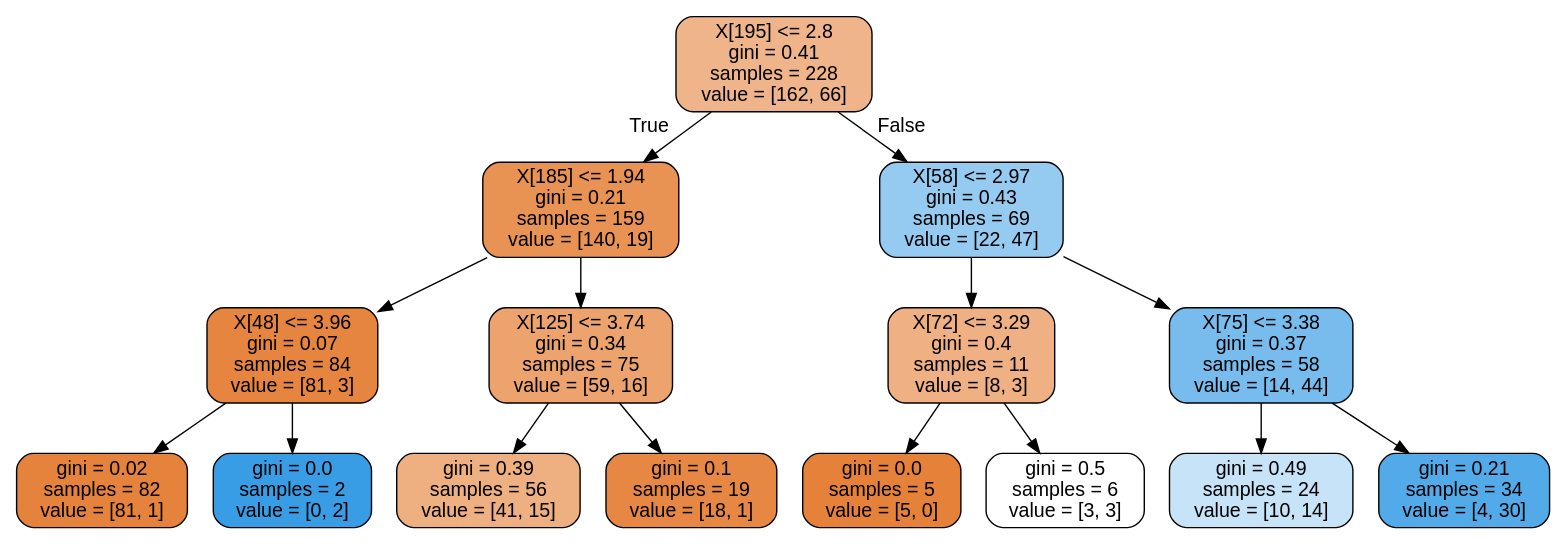
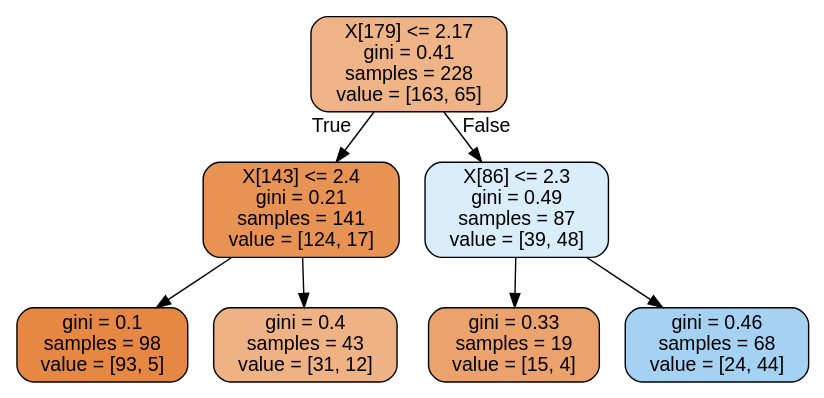
The diagram in model/thistree.dot (zeroknowledgediscovery/zcad), drawn with Graphviz before and after one commit. The commit also changed 4 other files, not shown here.

```diff
--- a/model/thistree.dot
+++ b/model/thistree.dot
@@ -1,33 +1,17 @@
 digraph Tree {
 node [shape=box, style="filled, rounded", color="black", fontname=helvetica] ;
 edge [fontname=helvetica] ;
-0 [label="X[195] <= 2.8\ngini = 0.41\nsamples = 228\nvalue = [162, 66]", fillcolor="#e5813997"] ;
-1 [label="X[185] <= 1.94\ngini = 0.21\nsamples = 159\nvalue = [140, 19]", fillcolor="#e58139dc"] ;
+0 [label="X[179] <= 2.17\ngini = 0.41\nsamples = 228\nvalue = [163, 65]", fillcolor="#e5813999"] ;
+1 [label="X[143] <= 2.4\ngini = 0.21\nsamples = 141\nvalue = [124, 17]", fillcolor="#e58139dc"] ;
 0 -> 1 [labeldistance=2.5, labelangle=45, headlabel="True"] ;
-2 [label="X[48] <= 3.96\ngini = 0.07\nsamples = 84\nvalue = [81, 3]", fillcolor="#e58139f6"] ;
+2 [label="gini = 0.1\nsamples = 98\nvalue = [93, 5]", fillcolor="#e58139f1"] ;
 1 -> 2 ;
-3 [label="gini = 0.02\nsamples = 82\nvalue = [81, 1]", fillcolor="#e58139fc"] ;
-2 -> 3 ;
-4 [label="gini = 0.0\nsamples = 2\nvalue = [0, 2]", fillcolor="#399de5ff"] ;
-2 -> 4 ;
-5 [label="X[125] <= 3.74\ngini = 0.34\nsamples = 75\nvalue = [59, 16]", fillcolor="#e58139ba"] ;
-1 -> 5 ;
-6 [label="gini = 0.39\nsamples = 56\nvalue = [41, 15]", fillcolor="#e58139a2"] ;
-5 -> 6 ;
-7 [label="gini = 0.1\nsamples = 19\nvalue = [18, 1]", fillcolor="#e58139f1"] ;
-5 -> 7 ;
-8 [label="X[58] <= 2.97\ngini = 0.43\nsamples = 69\nvalue = [22, 47]", fillcolor="#399de588"] ;
-0 -> 8 [labeldistance=2.5, labelangle=-45, headlabel="False"] ;
-9 [label="X[72] <= 3.29\ngini = 0.4\nsamples = 11\nvalue = [8, 3]", fillcolor="#e581399f"] ;
-8 -> 9 ;
-10 [label="gini = 0.0\nsamples = 5\nvalue = [5, 0]", fillcolor="#e58139ff"] ;
-9 -> 10 ;
-11 [label="gini = 0.5\nsamples = 6\nvalue = [3, 3]", fillcolor="#e5813900"] ;
-9 -> 11 ;
-12 [label="X[75] <= 3.38\ngini = 0.37\nsamples = 58\nvalue = [14, 44]", fillcolor="#399de5ae"] ;
-8 -> 12 ;
-13 [label="gini = 0.49\nsamples = 24\nvalue = [10, 14]", fillcolor="#399de549"] ;
-12 -> 13 ;
-14 [label="gini = 0.21\nsamples = 34\nvalue = [4, 30]", fillcolor="#399de5dd"] ;
-12 -> 14 ;
+3 [label="gini = 0.4\nsamples = 43\nvalue = [31, 12]", fillcolor="#e581399c"] ;
+1 -> 3 ;
+4 [label="X[86] <= 2.3\ngini = 0.49\nsamples = 87\nvalue = [39, 48]", fillcolor="#399de530"] ;
+0 -> 4 [labeldistance=2.5, labelangle=-45, headlabel="False"] ;
+5 [label="gini = 0.33\nsamples = 19\nvalue = [15, 4]", fillcolor="#e58139bb"] ;
+4 -> 5 ;
+6 [label="gini = 0.46\nsamples = 68\nvalue = [24, 44]", fillcolor="#399de574"] ;
+4 -> 6 ;
 }
```
